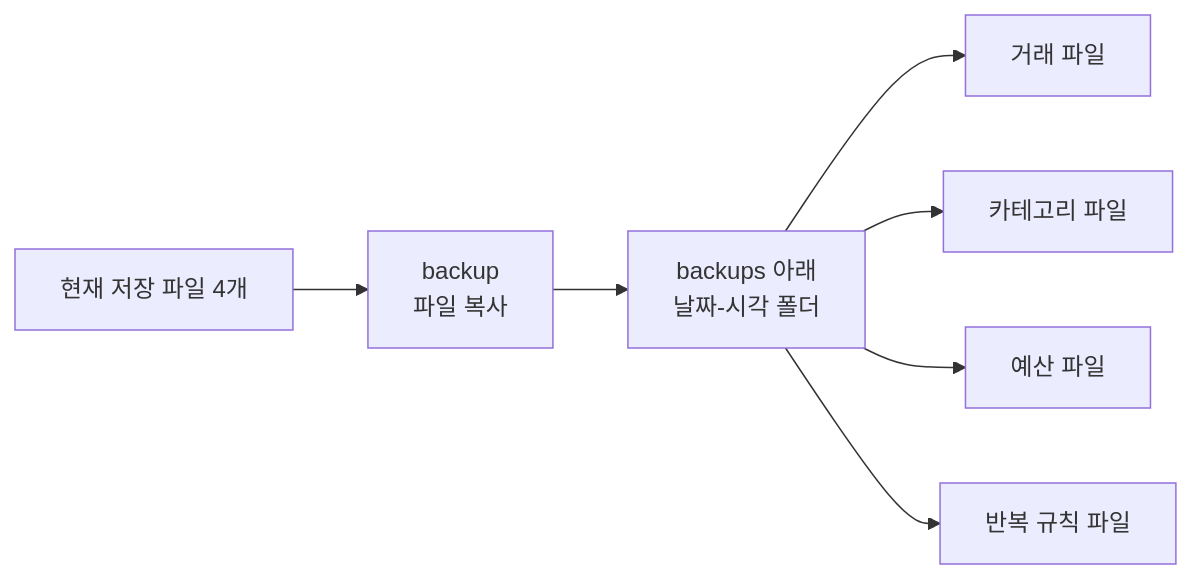
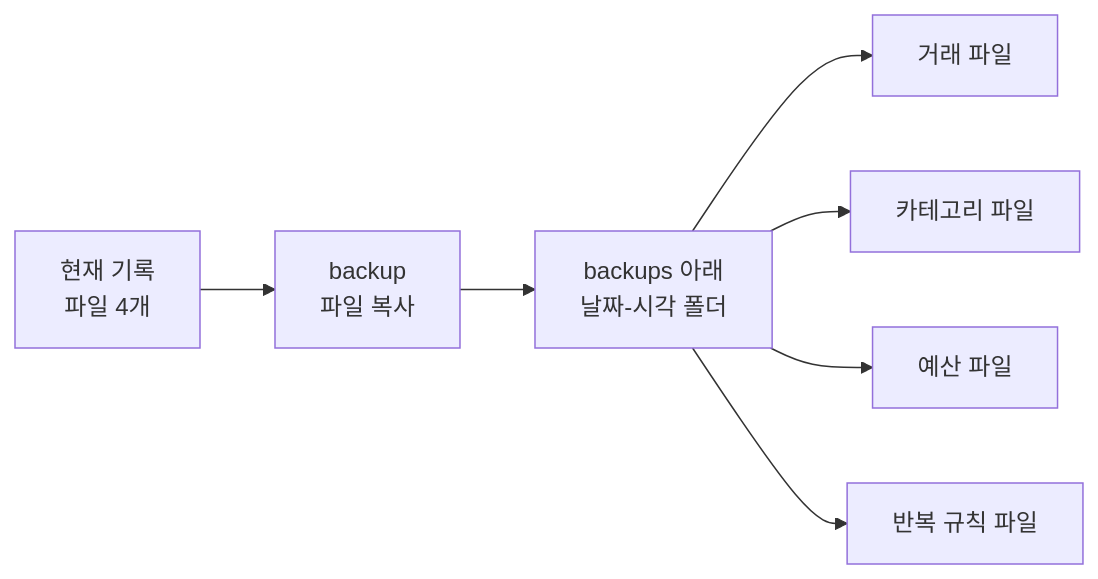
One commit to Cerhovah/Codyssey_Mission_B2-1 changed the seventh of 9 diagrams in README.md. Above: the diagram before and after it, drawn with Mermaid. The commit also changed other lines of this file, not shown here.

First line of the commit message:
docs: 구조도에서 단어가 갈라지는 줄바꿈 정리

````diff
--- a/README.md
+++ b/README.md
@@ -384,9 +384,9 @@
 ```mermaid
 flowchart LR
-    Source["현재 저장 파일 4개"] --> Copy["backup<br/>파일 복사"]
+    Source["현재 기록<br/>파일 4개"] --> Copy["backup<br/>파일 복사"]
     Copy --> Folder["backups 아래<br/>날짜-시각 폴더"]
     Folder --> Tx["거래 파일"]
     Folder --> Category["카테고리 파일"]
     Folder --> Budget["예산 파일"]
     Folder --> Recurring["반복 규칙 파일"]
 ```
````
